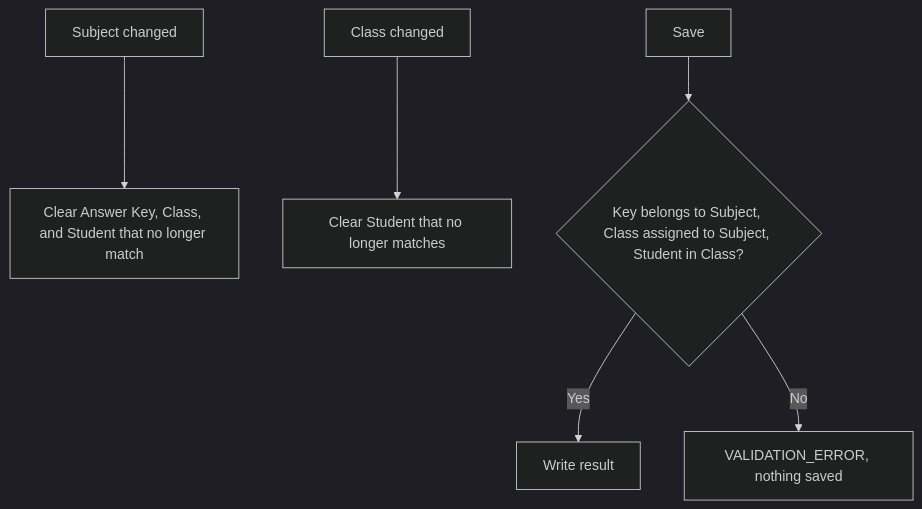
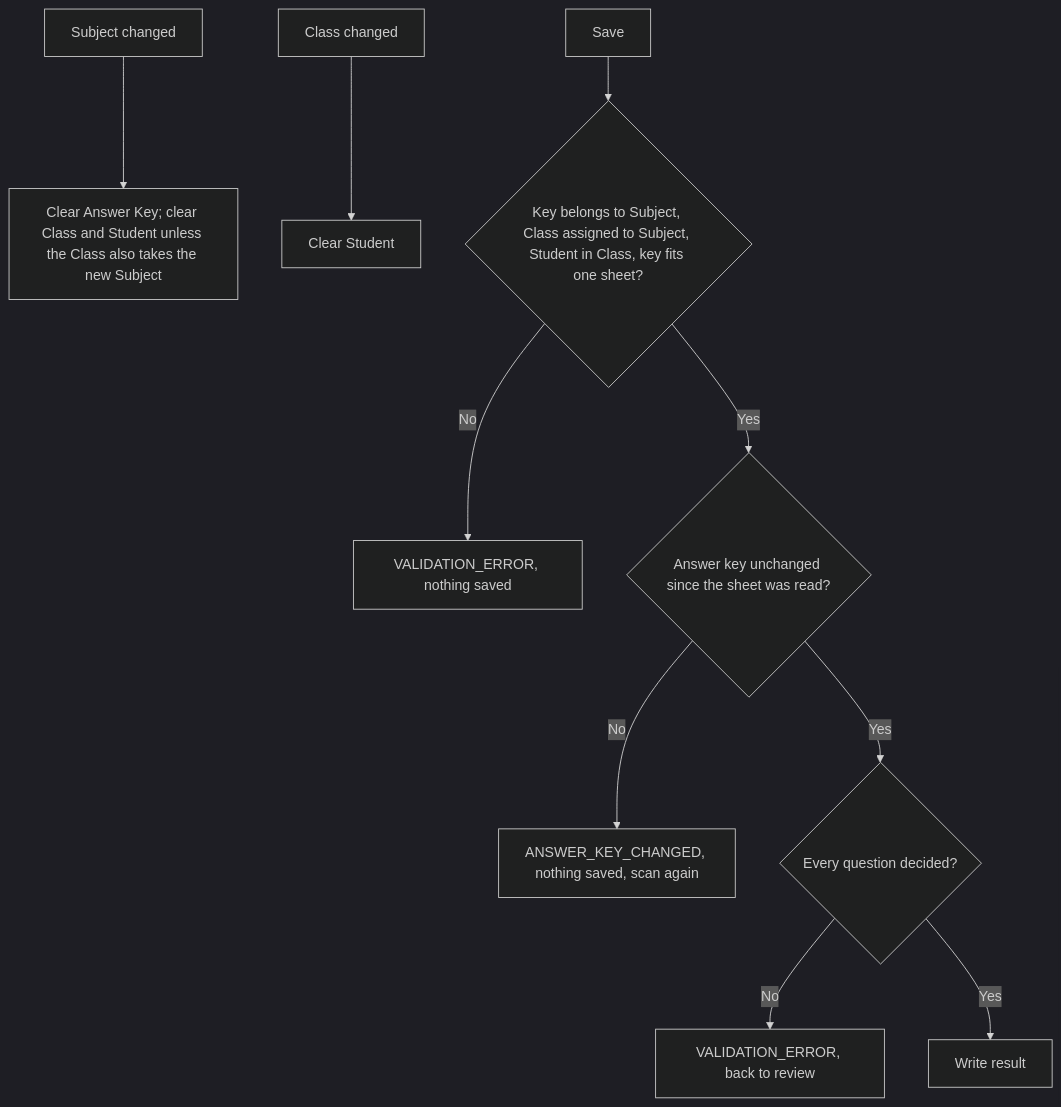
One commit to nicolaseugenio2022-cyber/answer-checker changed the ninth of 13 diagrams in docs/diagrams.md. Above: the diagram before and after it, drawn with Mermaid (dark theme). The commit also changed other lines of this file and 5 other files, not shown here.

Commit message:
docs: synchronize documentation with schema version 6 and Scan

````diff
--- a/docs/diagrams.md
+++ b/docs/diagrams.md
@@ -288,8 +335,12 @@
 ```mermaid
 flowchart TD
-    S["Subject changed"] --> S1["Clear Answer Key, Class, and Student that no longer match"]
-    C["Class changed"] --> C1["Clear Student that no longer matches"]
-    SAVE["Save"] --> V{"Key belongs to Subject, Class assigned to Subject, Student in Class?"}
-    V -- Yes --> OK["Write result"]
+    S["Subject changed"] --> S1["Clear Answer Key; clear Class and Student unless the Class also takes the new Subject"]
+    C["Class changed"] --> C1["Clear Student"]
+    SAVE["Save"] --> V{"Key belongs to Subject, Class assigned to Subject, Student in Class, key fits one sheet?"}
     V -- No --> ERR["VALIDATION_ERROR, nothing saved"]
+    V -- Yes --> K{"Answer key unchanged since the sheet was read?"}
+    K -- No --> STALE["ANSWER_KEY_CHANGED, nothing saved, scan again"]
+    K -- Yes --> R{"Every question decided?"}
+    R -- No --> REV["VALIDATION_ERROR, back to review"]
+    R -- Yes --> OK["Write result"]
 ```
````
